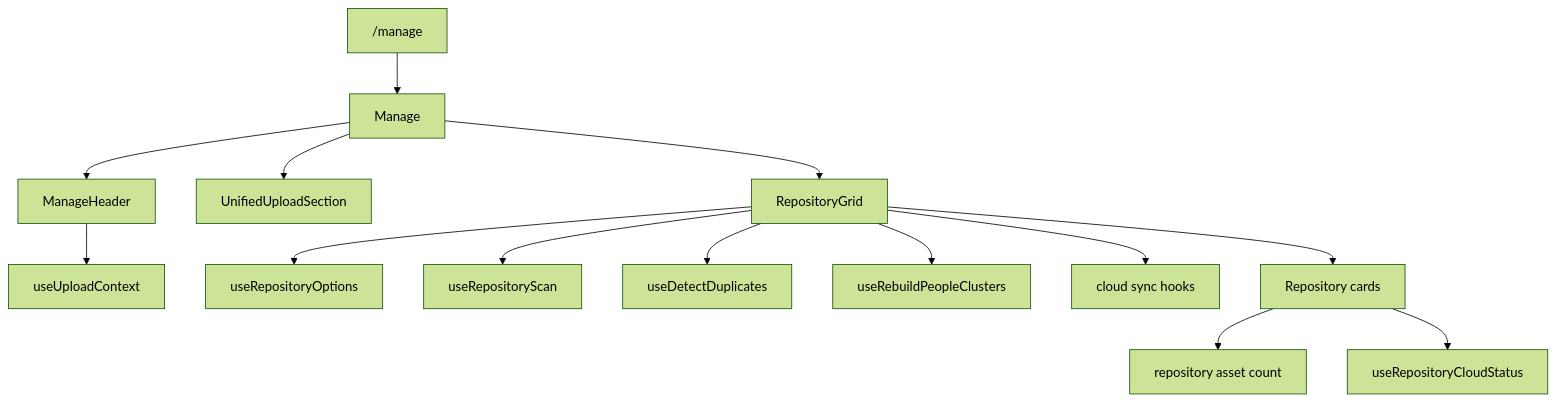
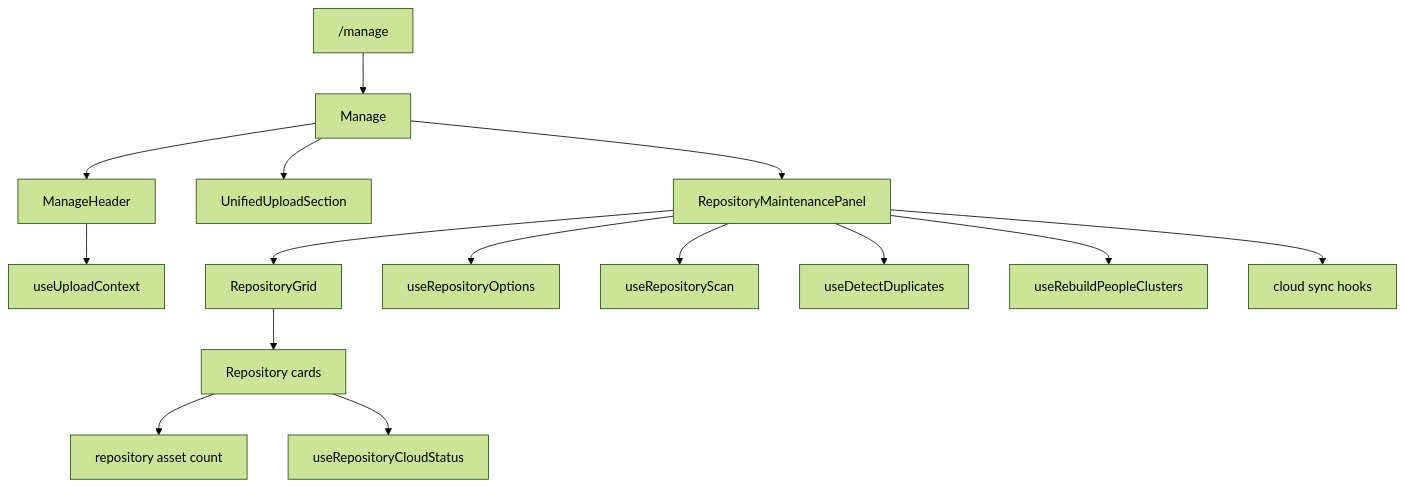
Before and after one commit to EdwinZhanCN/Lumilio-Photos: the diagram in web/src/features/manage/doc.md, drawn with Mermaid (forest theme). The commit also changed other lines of this file and 18 other files, not shown here.

Commit message:
refactor(web): separate repository UI from maintenance workflows

````diff
--- a/web/src/features/manage/doc.md
+++ b/web/src/features/manage/doc.md
@@ -56,16 +58,17 @@
 ```mermaid
 flowchart TD
     ROUTE["/manage"] --> PAGE["Manage"]
     PAGE --> HEADER["ManageHeader"]
     PAGE --> UPLOAD["UnifiedUploadSection"]
-    PAGE --> GRID["RepositoryGrid"]
+    PAGE --> PANEL["RepositoryMaintenancePanel"]
     HEADER --> UCTX["useUploadContext"]
-    GRID --> REPOS["useRepositoryOptions"]
-    GRID --> SCAN["useRepositoryScan"]
-    GRID --> DUP["useDetectDuplicates"]
-    GRID --> PEOPLE["useRebuildPeopleClusters"]
-    GRID --> CLOUD["cloud sync hooks"]
+    PANEL --> GRID["RepositoryGrid"]
+    PANEL --> REPOS["useRepositoryOptions"]
+    PANEL --> SCAN["useRepositoryScan"]
+    PANEL --> DUP["useDetectDuplicates"]
+    PANEL --> PEOPLE["useRebuildPeopleClusters"]
+    PANEL --> CLOUD["cloud sync hooks"]
     GRID --> CARD["Repository cards"]
     CARD --> COUNT["repository asset count"]
     CARD --> STATUS["useRepositoryCloudStatus"]
 ```
````
